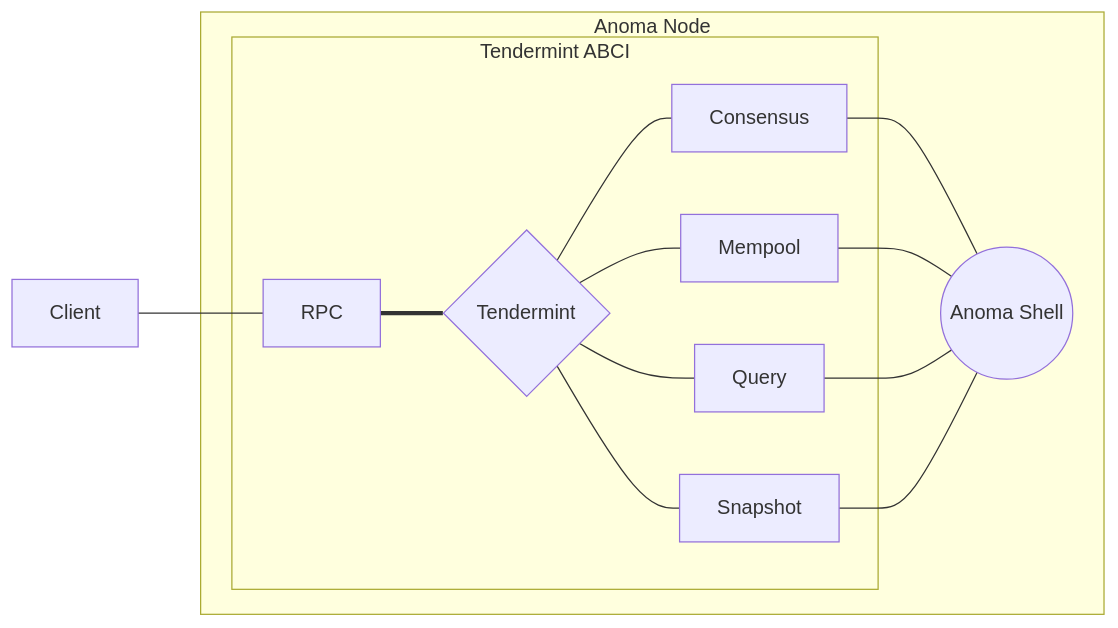
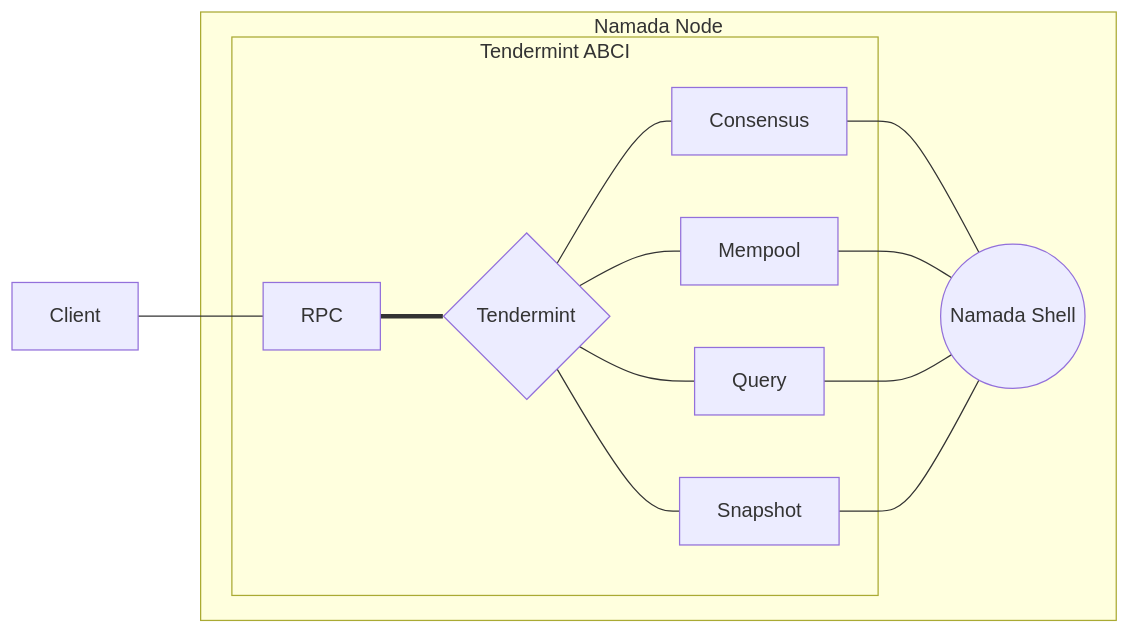
Before and after one commit to anoma/namada: the diagram in documentation/dev/src/explore/design/ledger.md, drawn with Mermaid. The commit also changed other lines of this file and 16 other files, not shown here.

Commit message:
docs/dev: s/anoma/namada

````diff
--- a/documentation/dev/src/explore/design/ledger.md
+++ b/documentation/dev/src/explore/design/ledger.md
@@ -45,18 +47,18 @@
 ```mermaid
 flowchart LR
     C[Client] --- R
-    subgraph Anoma Node
-    S((Anoma Shell))
+    subgraph Namada Node
+    S((Namada Shell))
     subgraph Tendermint ABCI
     R[RPC] === T{Tendermint}
     T --- TC[Consensus]
     T --- TM[Mempool]
     T --- TQ[Query]
     T --- TS[Snapshot]
     end
     TC --- S
     TM --- S
     TQ --- S
     TS --- S
     end
 ```
````
